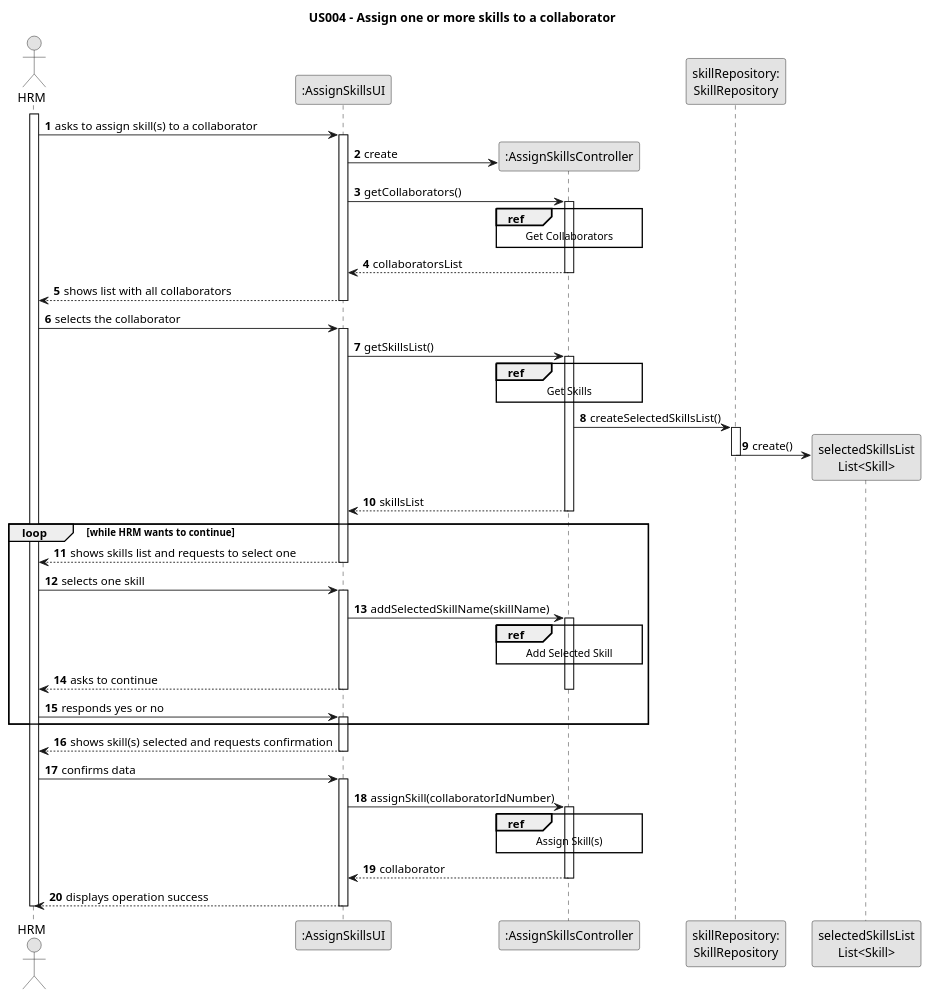
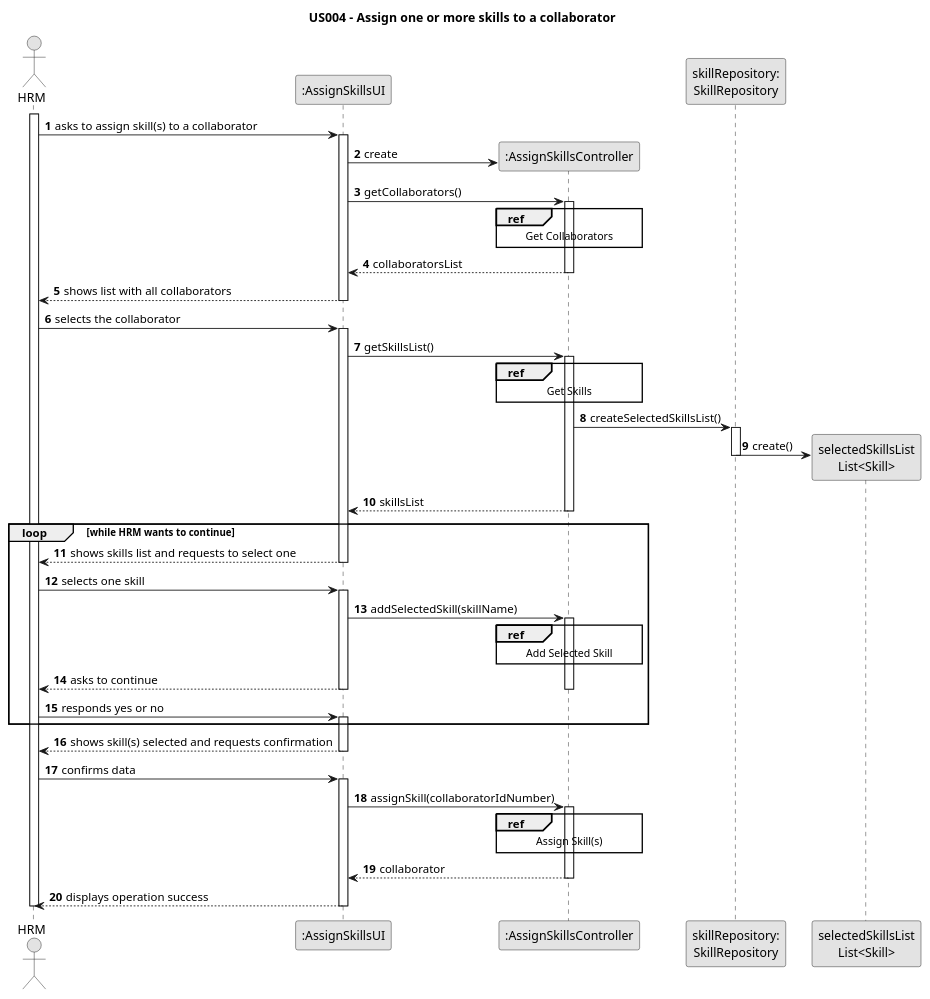
One commit to Departamento-de-Engenharia-Informatica/lei-24-s2-1dm-g132 changed the diagram in docs/sprintB/us004/03.design/puml/us004-sequence-diagram-split.puml. Above: the diagram before and after it, drawn with PlantUML. The commit also changed 13 other files, not shown here.

Commit message:
US04 fixed small errors in sequence diagram full and partials

```diff
--- a/docs/sprintB/us004/03.design/puml/us004-sequence-diagram-split.puml
+++ b/docs/sprintB/us004/03.design/puml/us004-sequence-diagram-split.puml
@@ -1,101 +1,101 @@
 @startuml
 skinparam monochrome true
 skinparam packageStyle rectangle
 skinparam shadowing false
 
 title US004 - Assign one or more skills to a collaborator
 
 autonumber
 
 actor "HRM" as Employee
 participant ":AssignSkillsUI" as UI
 participant ":AssignSkillsController" as CTRL
 participant "skillRepository:\nSkillRepository" as SkillRepository
 participant "selectedSkillsList\nList<Skill>" as selectedSkillsList
 
 activate Employee
 
     Employee -> UI : asks to assign skill(s) to a collaborator
     activate UI
 
     UI -> CTRL** : create
 
                 UI -> CTRL : getCollaborators()
                 activate CTRL
 
                     ref over CTRL
                         Get Collaborators
                     end
 
                     CTRL --> UI : collaboratorsList
                 deactivate CTRL
 
     UI --> Employee : shows list with all collaborators
     deactivate UI
 
     Employee -> UI : selects the collaborator
     activate UI
 
         UI -> CTRL : getSkillsList()
         activate CTRL
 
             ref over CTRL
                 Get Skills
             end
 
             CTRL -> SkillRepository : createSelectedSkillsList()
             activate SkillRepository
 
                 SkillRepository -> selectedSkillsList** : create()
             deactivate SkillRepository
 
             CTRL --> UI : skillsList
         deactivate CTRL
 
     loop while HRM wants to continue
     UI --> Employee : shows skills list and requests to select one
     deactivate UI
 
     Employee -> UI : selects one skill
     activate UI
 
-    UI -> CTRL : addSelectedSkillName(skillName)
+    UI -> CTRL : addSelectedSkill(skillName)
     activate CTRL
 
         ref over CTRL
           Add Selected Skill
         end
 
     UI --> Employee : asks to continue
 
     deactivate CTRL
 
     deactivate UI
 
     Employee -> UI : responds yes or no
     activate UI
     end
 
     UI --> Employee : shows skill(s) selected and requests confirmation
 
     deactivate UI
 
     Employee -> UI : confirms data
     activate UI
 
     UI -> CTRL : assignSkill(collaboratorIdNumber)
     activate CTRL
 
     ref over CTRL
         Assign Skill(s)
     end
 
     CTRL --> UI : collaborator
 
     deactivate CTRL
 
     UI --> Employee : displays operation success
     deactivate UI
 
 deactivate Employee
 @enduml
```
